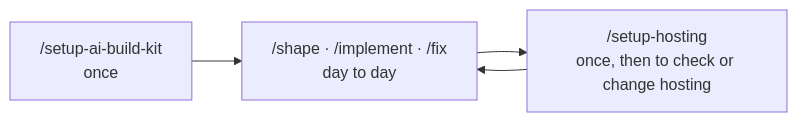
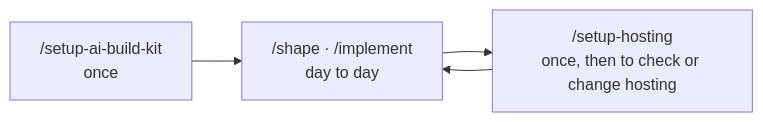
One commit to gwpicard/ai-build-kit changed the diagram in README.md. Above: the diagram before and after it, drawn with Mermaid. The commit also changed other lines of this file and 6 other files, not shown here.

````diff
--- a/README.md
+++ b/README.md
@@ -104,6 +103,6 @@
 ```mermaid
 flowchart LR
-  S["/setup-ai-build-kit<br/>once"] --> L["/shape · /implement · /fix<br/>day to day"]
+  S["/setup-ai-build-kit<br/>once"] --> L["/shape · /implement<br/>day to day"]
   L --> P["/setup-hosting<br/>once, then to check or change hosting"]
   P --> L
 ```
````
